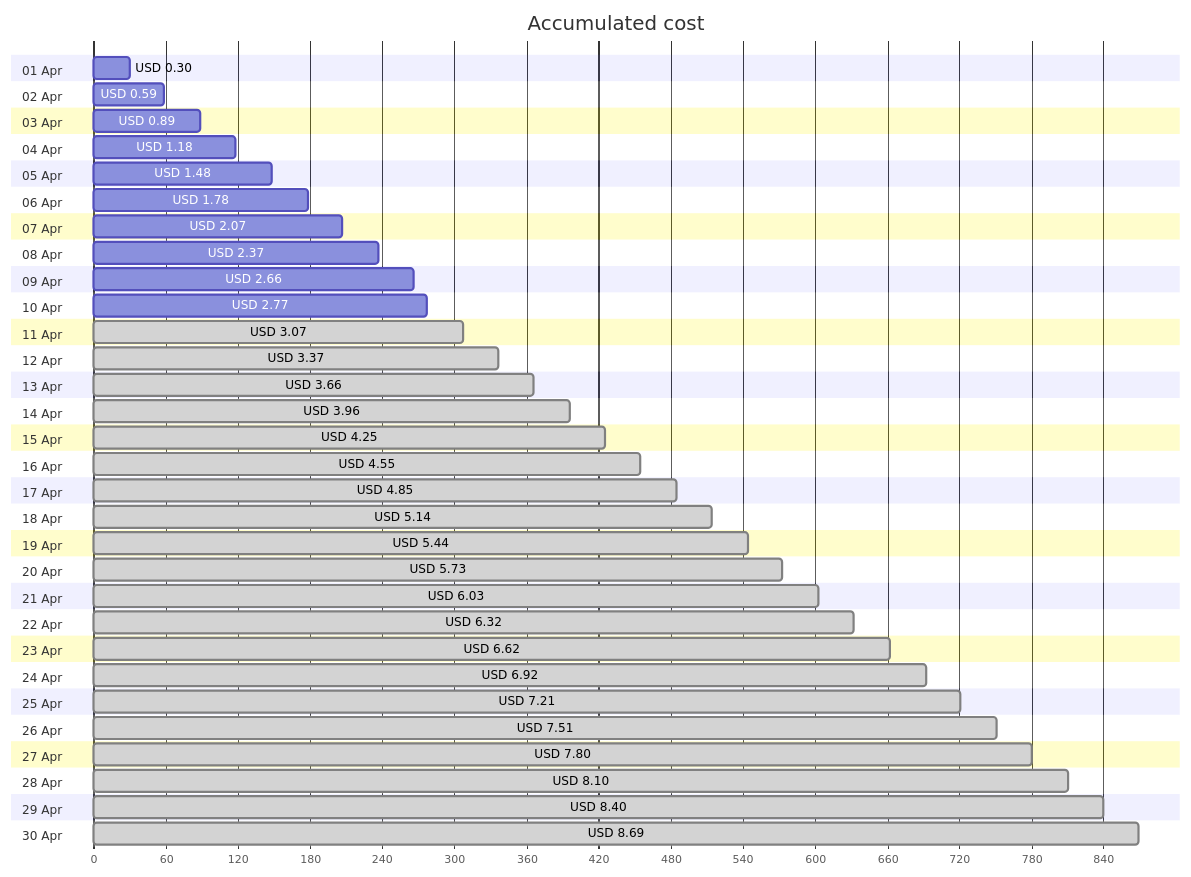
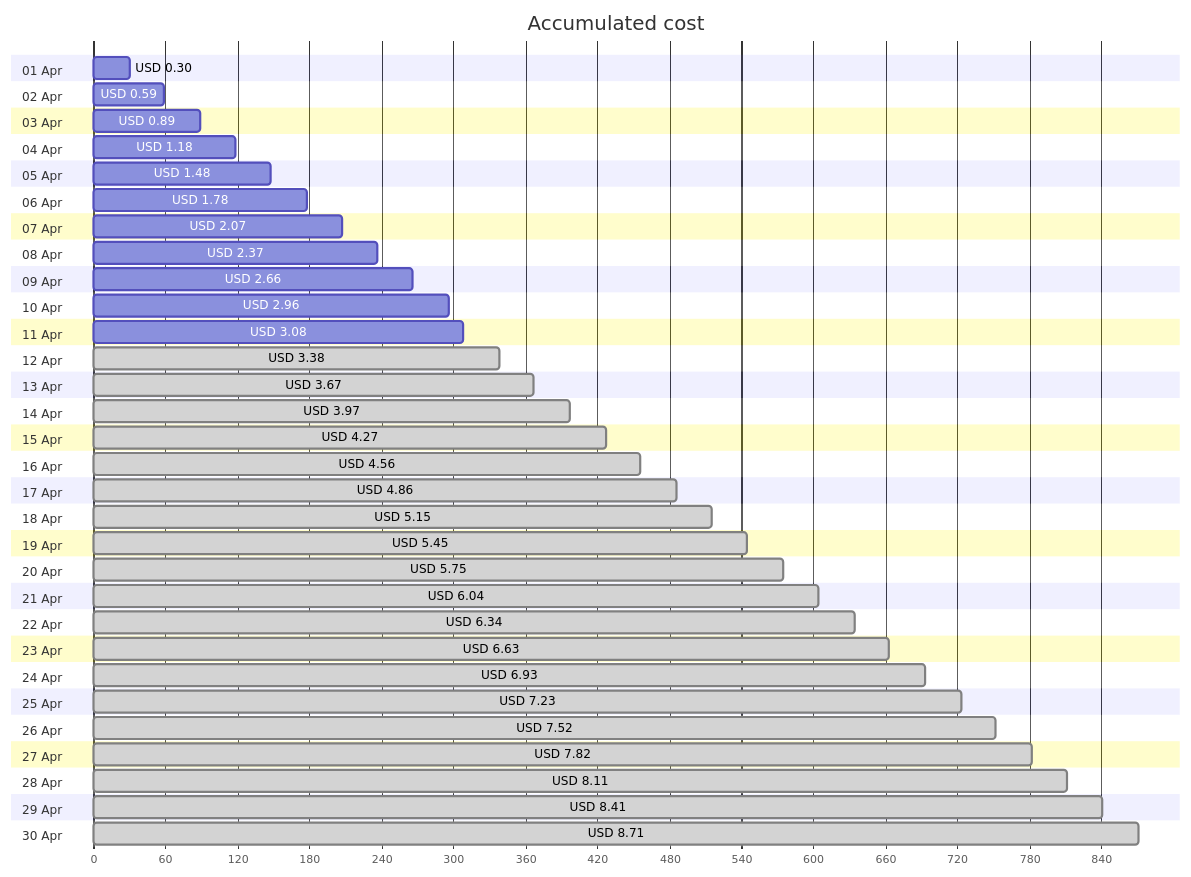
Before and after one commit to jpfulton/azure-personal-reports: the first of 4 diagrams in cost-reports/personal-site/personal-site.md, drawn with Mermaid. The commit also changed other lines of this file and 7 other files, not shown here.

````diff
--- a/cost-reports/personal-site/personal-site.md
+++ b/cost-reports/personal-site/personal-site.md
@@ -20,66 +20,66 @@
 ```mermaid
 gantt
    title Accumulated cost
    dateFormat  X
    axisFormat %s
    section 01 Apr
    USD 0.30 :0, 30
    section 02 Apr
    USD 0.59 :0, 59
    section 03 Apr
    USD 0.89 :0, 89
    section 04 Apr
    USD 1.18 :0, 118
    section 05 Apr
    USD 1.48 :0, 148
    section 06 Apr
    USD 1.78 :0, 178
    section 07 Apr
    USD 2.07 :0, 207
    section 08 Apr
    USD 2.37 :0, 237
    section 09 Apr
    USD 2.66 :0, 266
    section 10 Apr
-   USD 2.77 :0, 277
+   USD 2.96 :0, 296
    section 11 Apr
-   USD 3.07 : done, 0, 307
+   USD 3.08 :0, 308
    section 12 Apr
-   USD 3.37 : done, 0, 337
+   USD 3.38 : done, 0, 338
    section 13 Apr
-   USD 3.66 : done, 0, 366
+   USD 3.67 : done, 0, 367
    section 14 Apr
-   USD 3.96 : done, 0, 396
+   USD 3.97 : done, 0, 397
    section 15 Apr
-   USD 4.25 : done, 0, 425
+   USD 4.27 : done, 0, 427
    section 16 Apr
-   USD 4.55 : done, 0, 455
+   USD 4.56 : done, 0, 456
    section 17 Apr
-   USD 4.85 : done, 0, 485
+   USD 4.86 : done, 0, 486
    section 18 Apr
-   USD 5.14 : done, 0, 514
+   USD 5.15 : done, 0, 515
    section 19 Apr
-   USD 5.44 : done, 0, 544
+   USD 5.45 : done, 0, 545
    section 20 Apr
-   USD 5.73 : done, 0, 573
+   USD 5.75 : done, 0, 575
    section 21 Apr
-   USD 6.03 : done, 0, 603
+   USD 6.04 : done, 0, 604
    section 22 Apr
-   USD 6.32 : done, 0, 632
+   USD 6.34 : done, 0, 634
    section 23 Apr
-   USD 6.62 : done, 0, 662
+   USD 6.63 : done, 0, 663
    section 24 Apr
-   USD 6.92 : done, 0, 692
+   USD 6.93 : done, 0, 693
    section 25 Apr
-   USD 7.21 : done, 0, 721
+   USD 7.23 : done, 0, 723
    section 26 Apr
-   USD 7.51 : done, 0, 751
+   USD 7.52 : done, 0, 752
    section 27 Apr
-   USD 7.80 : done, 0, 780
+   USD 7.82 : done, 0, 782
    section 28 Apr
-   USD 8.10 : done, 0, 810
+   USD 8.11 : done, 0, 811
    section 29 Apr
-   USD 8.40 : done, 0, 840
+   USD 8.41 : done, 0, 841
    section 30 Apr
-   USD 8.69 : done, 0, 869
+   USD 8.71 : done, 0, 871
 ```
````
